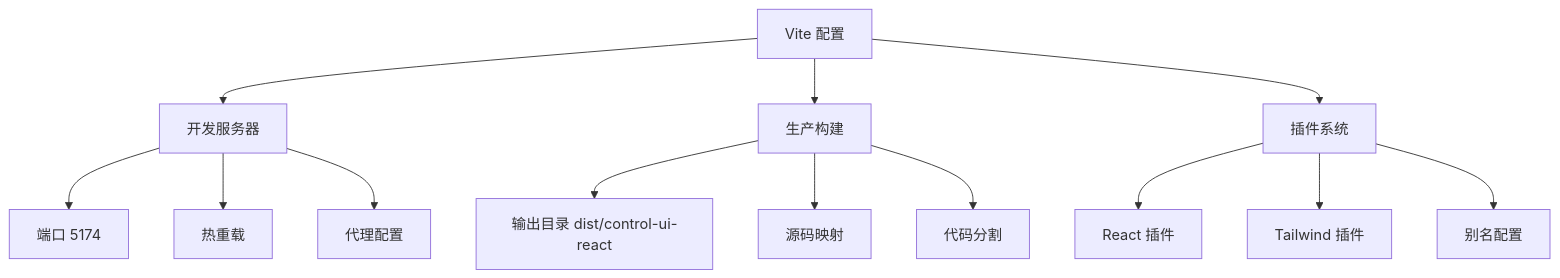
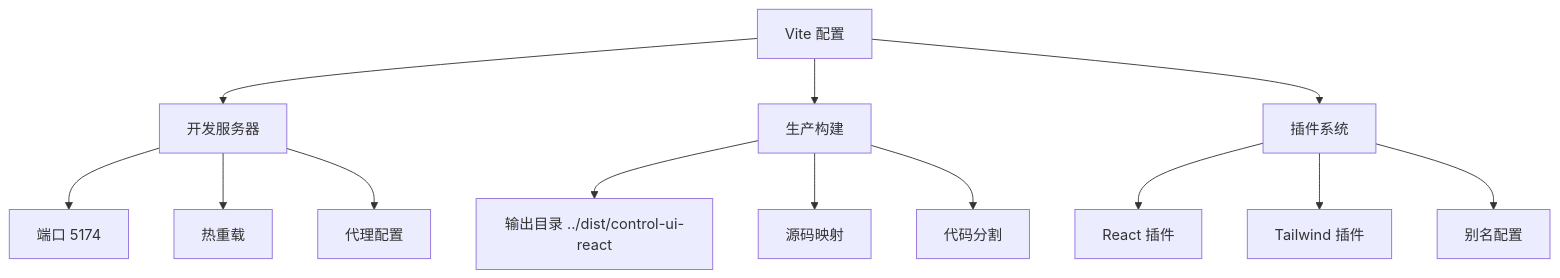
Before and after one commit to verse-ai-org/openclaw: the ninth of 9 diagrams in .qoder/repowiki/zh/content/Web界面/设计系统规范.md, drawn with Mermaid. The commit also changed other lines of this file and 13 other files, not shown here.

````diff
--- a/.qoder/repowiki/zh/content/Web界面/设计系统规范.md
+++ b/.qoder/repowiki/zh/content/Web界面/设计系统规范.md
@@ -301,15 +310,15 @@
 ```mermaid
 flowchart TD
 A[Vite 配置] --> B[开发服务器]
 A --> C[生产构建]
 A --> D[插件系统]
 B --> B1[端口 5174]
 B --> B2[热重载]
 B --> B3[代理配置]
-C --> C1[输出目录 dist/control-ui-react]
+C --> C1[输出目录 ../dist/control-ui-react]
 C --> C2[源码映射]
 C --> C3[代码分割]
 D --> D1[React 插件]
 D --> D2[Tailwind 插件]
 D --> D3[别名配置]
 ```
````
